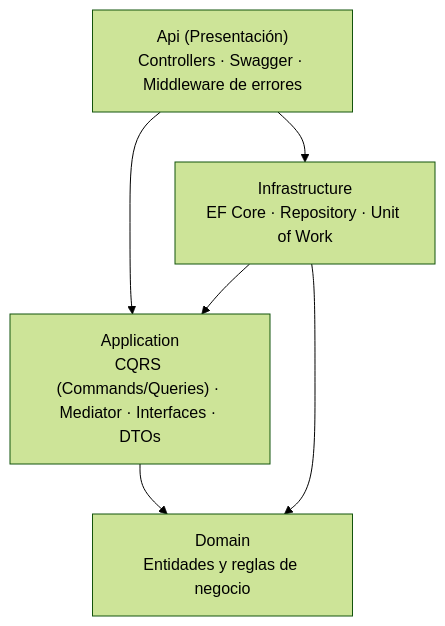
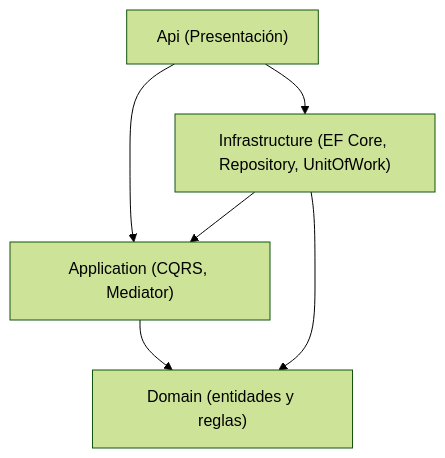
One commit to Alexsanma/Comunal changed the diagram in README.md. Above: the diagram before and after it, drawn with Mermaid (forest theme). The commit also changed other lines of this file and 3 other files, not shown here.

````diff
--- a/README.md
+++ b/README.md
@@ -16,13 +13,8 @@
 ```mermaid
 flowchart TD
-    API["Api (Presentación)<br/>Controllers · Swagger · Middleware de errores"]
-    APP["Application<br/>CQRS (Commands/Queries) · Mediator · Interfaces · DTOs"]
-    INFRA["Infrastructure<br/>EF Core · Repository · Unit of Work"]
-    DOM["Domain<br/>Entidades y reglas de negocio"]
-
-    API --> APP
-    API --> INFRA
+    API["Api (Presentación)"] --> APP["Application (CQRS, Mediator)"]
+    API --> INFRA["Infrastructure (EF Core, Repository, UnitOfWork)"]
     INFRA --> APP
-    APP --> DOM
+    APP --> DOM["Domain (entidades y reglas)"]
     INFRA --> DOM
 ```
````
